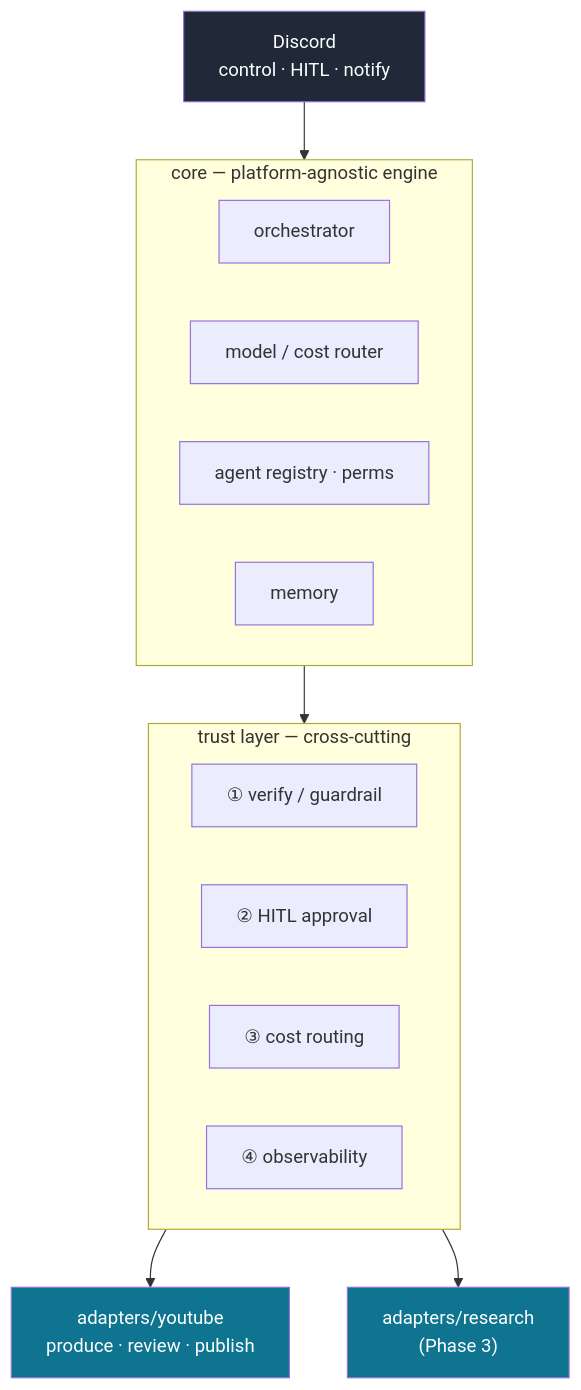
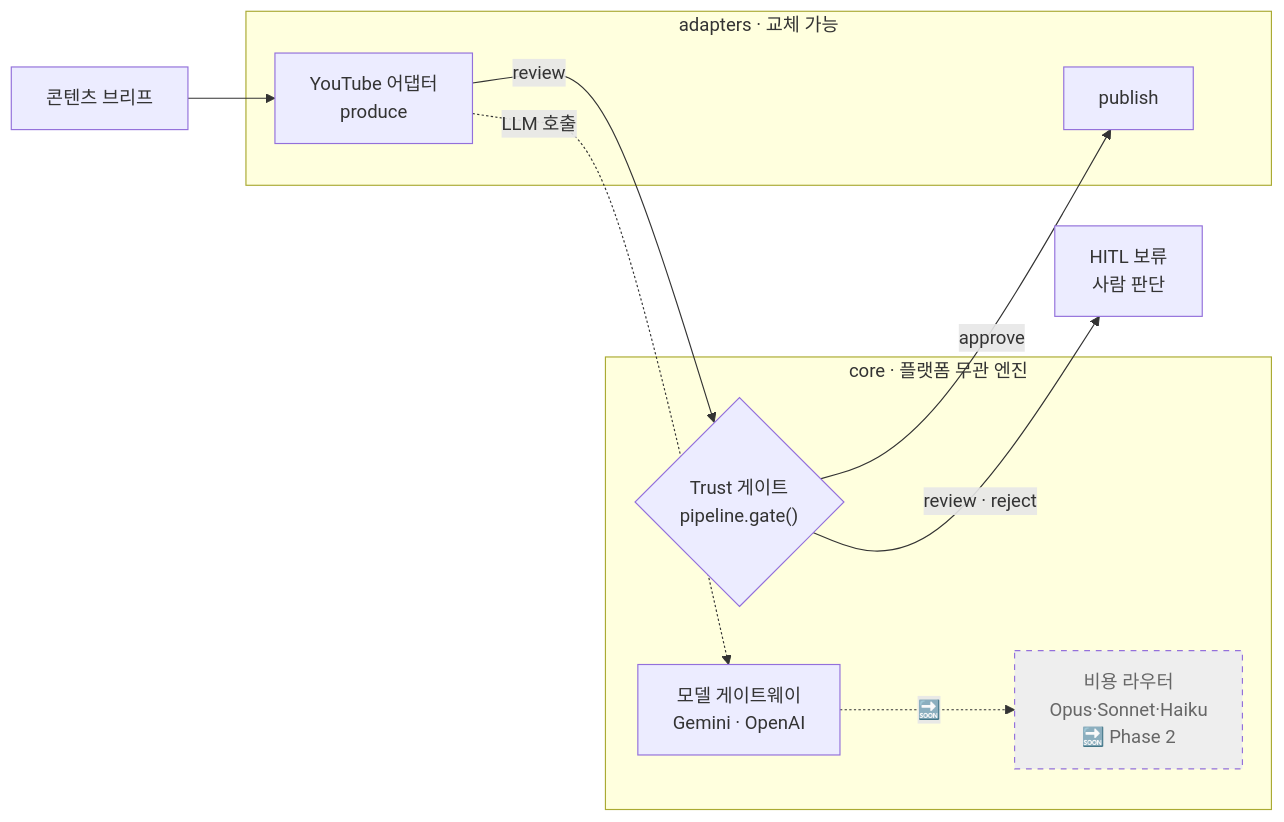
The diagram in README.md (minjun91a/mint-agent), drawn with Mermaid before and after one commit. The commit also changed other lines of this file, not shown here.

First line of the commit message:
docs: README 리디자인 — 중앙정렬·배지·mermaid·빠른시작·예제 (정직한 진행형)

````diff
--- a/README.md
+++ b/README.md
@@ -28,22 +49,23 @@
 ```mermaid
-flowchart TB
-  DISCORD["Discord<br/>control · HITL · notify"]:::io
-  subgraph CORE["core — platform-agnostic engine"]
-    ORCH["orchestrator"]
-    ROUTER["model / cost router"]
-    REG["agent registry · perms"]
-    MEM["memory"]
-  end
-  subgraph TRUST["trust layer — cross-cutting"]
-    V["① verify / guardrail"]
-    H["② HITL approval"]
-    C["③ cost routing"]
-    O["④ observability"]
-  end
-  YT["adapters/youtube<br/>produce · review · publish"]:::out
-  RES["adapters/research<br/>(Phase 3)"]:::out
+flowchart LR
+    REQ[콘텐츠 브리프] --> ADP
 
-  DISCORD --> CORE --> TRUST --> YT & RES
-  classDef io fill:#1f2937,color:#fff;
-  classDef out fill:#0e7490,color:#fff;
+    subgraph ADAPTERS["adapters · 교체 가능"]
+        ADP[YouTube 어댑터<br/>produce]
+        PUB[publish]
+    end
+    subgraph CORE["core · 플랫폼 무관 엔진"]
+        GATE{"Trust 게이트<br/>pipeline.gate()"}
+        GW[모델 게이트웨이<br/>Gemini · OpenAI]
+        ROUTER[비용 라우터<br/>Opus·Sonnet·Haiku<br/>🔜 Phase 2]
+    end
+
+    ADP -->|review| GATE
+    GATE -->|approve| PUB
+    GATE -->|review · reject| HITL[HITL 보류<br/>사람 판단]
+    ADP -. LLM 호출 .-> GW
+    GW -. 🔜 .-> ROUTER
+
+    classDef planned stroke-dasharray:5 5,fill:#eeeeee,color:#666;
+    class ROUTER planned;
 ```
````
